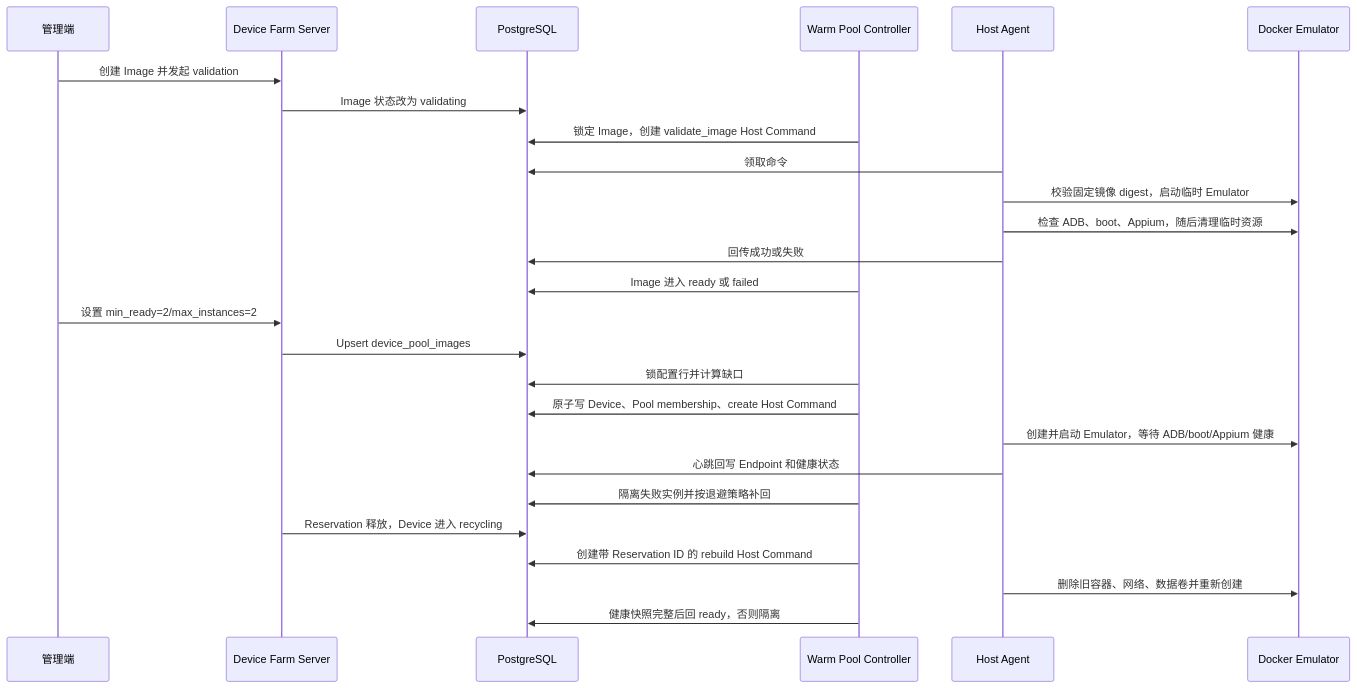
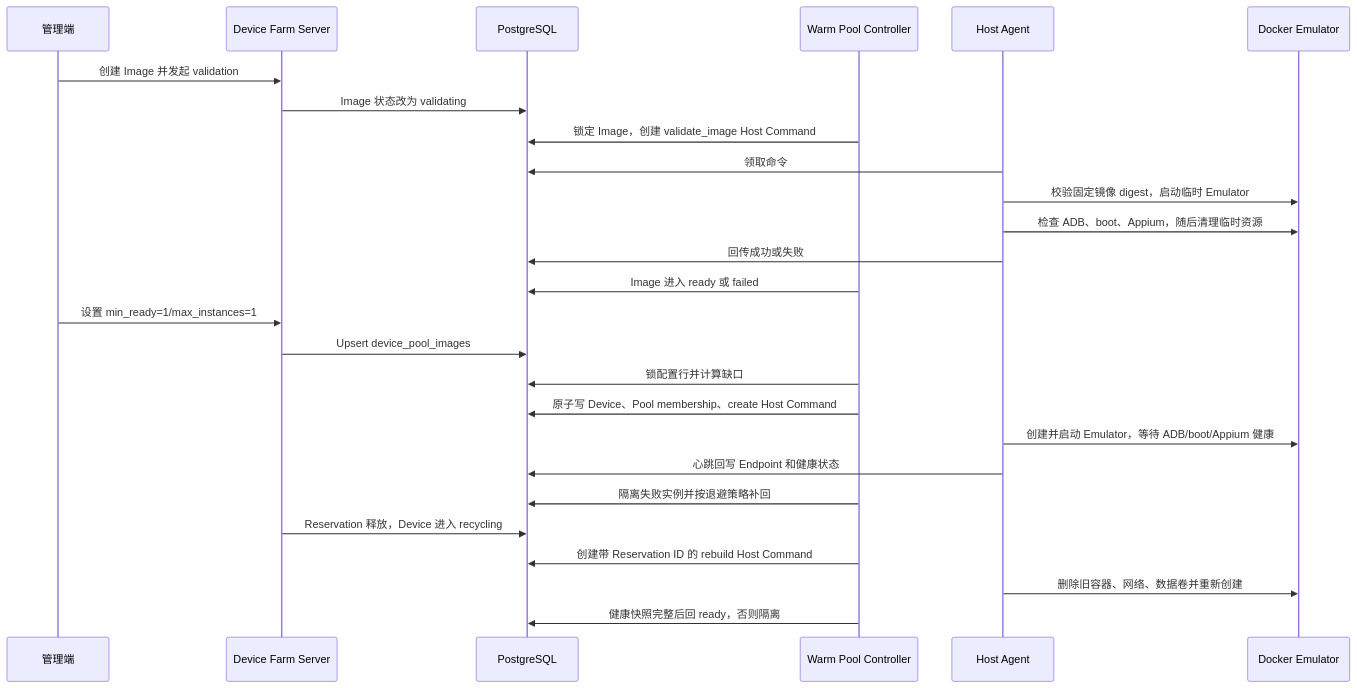
Before and after one commit to k2736680-kerr/alcor_device_farm: the diagram in docs/warm_pool_controller.md, drawn with Mermaid. The commit also changed other lines of this file and 37 other files, not shown here.

````diff
--- a/docs/warm_pool_controller.md
+++ b/docs/warm_pool_controller.md
@@ -26,29 +26,29 @@
 ```mermaid
 sequenceDiagram
     participant Admin as 管理端
     participant Server as Device Farm Server
     participant DB as PostgreSQL
     participant Controller as Warm Pool Controller
     participant Agent as Host Agent
     participant Docker as Docker Emulator
 
     Admin->>Server: 创建 Image 并发起 validation
     Server->>DB: Image 状态改为 validating
     Controller->>DB: 锁定 Image，创建 validate_image Host Command
     Agent->>DB: 领取命令
     Agent->>Docker: 校验固定镜像 digest，启动临时 Emulator
     Agent->>Docker: 检查 ADB、boot、Appium，随后清理临时资源
     Agent->>DB: 回传成功或失败
     Controller->>DB: Image 进入 ready 或 failed
-    Admin->>Server: 设置 min_ready=2/max_instances=2
+    Admin->>Server: 设置 min_ready=1/max_instances=1
     Server->>DB: Upsert device_pool_images
     Controller->>DB: 锁配置行并计算缺口
     Controller->>DB: 原子写 Device、Pool membership、create Host Command
     Agent->>Docker: 创建并启动 Emulator，等待 ADB/boot/Appium 健康
     Agent->>DB: 心跳回写 Endpoint 和健康状态
     Controller->>DB: 隔离失败实例并按退避策略补回
     Server->>DB: Reservation 释放，Device 进入 recycling
     Controller->>DB: 创建带 Reservation ID 的 rebuild Host Command
     Agent->>Docker: 删除旧容器、网络、数据卷并重新创建
     Controller->>DB: 健康快照完整后回 ready，否则隔离
 ```
````
